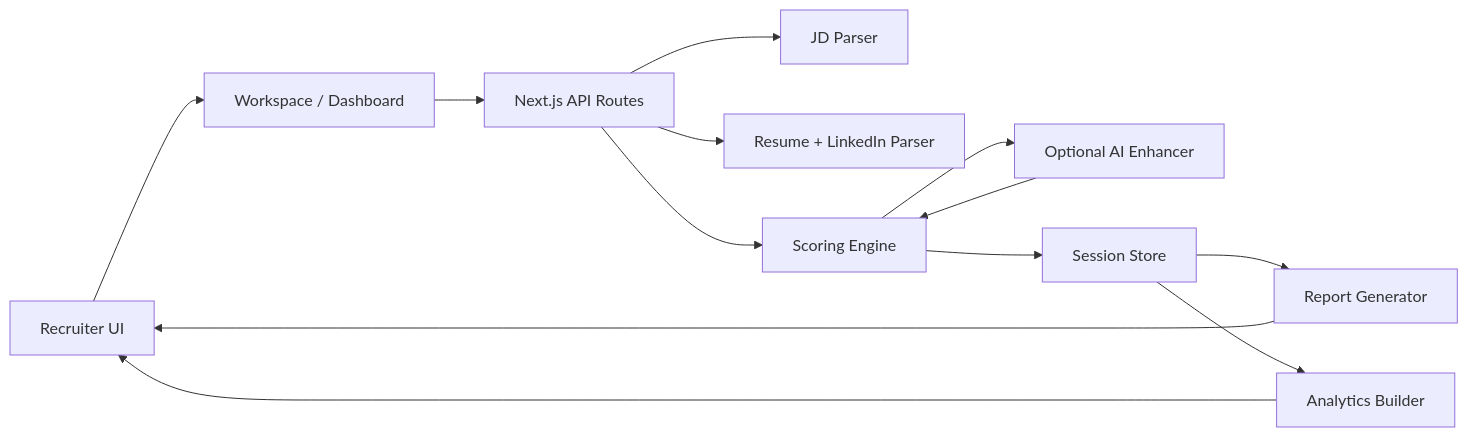
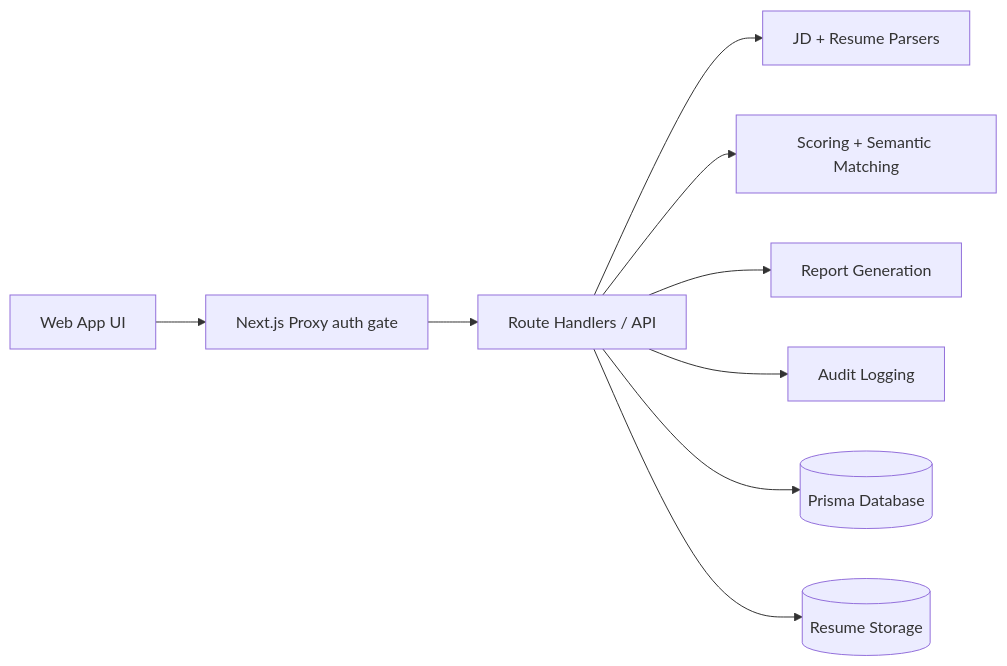
The first of 2 diagrams in README.md (shaguntalwar17/HR-Resume-and-LinkedIn-Shortlisting-Agent), drawn with Mermaid before and after one commit. The commit also changed other lines of this file and 73 other files, not shown here.

````diff
--- a/README.md
+++ b/README.md
@@ -47,15 +38,11 @@
 ```mermaid
 flowchart LR
-  U[Recruiter UI] --> W[Workspace / Dashboard]
-  W --> API[Next.js API Routes]
-  API --> P1[JD Parser]
-  API --> P2[Resume + LinkedIn Parser]
-  API --> S[Scoring Engine]
-  S --> A[Optional AI Enhancer]
-  A --> S
-  S --> ST[Session Store]
-  ST --> R[Report Generator]
-  ST --> AN[Analytics Builder]
-  R --> U
-  AN --> U
+  UI[Web App UI] --> Proxy[Next.js Proxy auth gate]
+  Proxy --> API[Route Handlers / API]
+  API --> PARSERS[JD + Resume Parsers]
+  API --> SCORE[Scoring + Semantic Matching]
+  API --> REPORTS[Report Generation]
+  API --> AUDIT[Audit Logging]
+  API --> DB[(Prisma Database)]
+  API --> STORAGE[(Resume Storage)]
 ```
````
